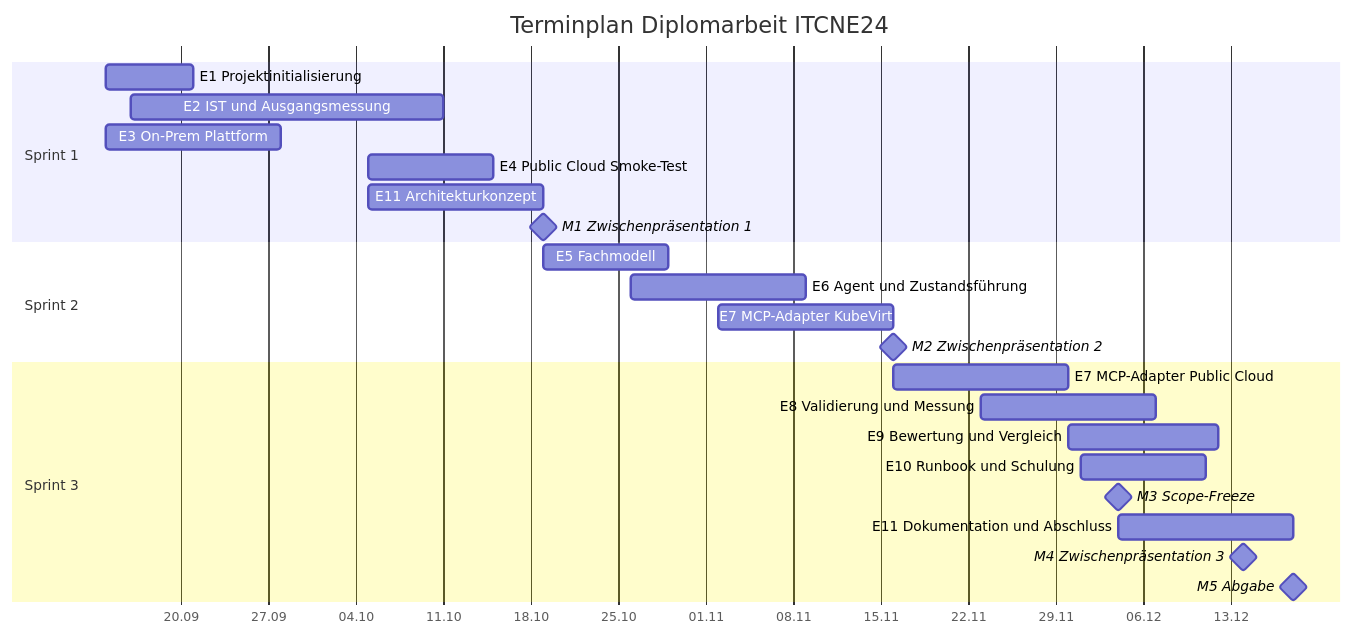
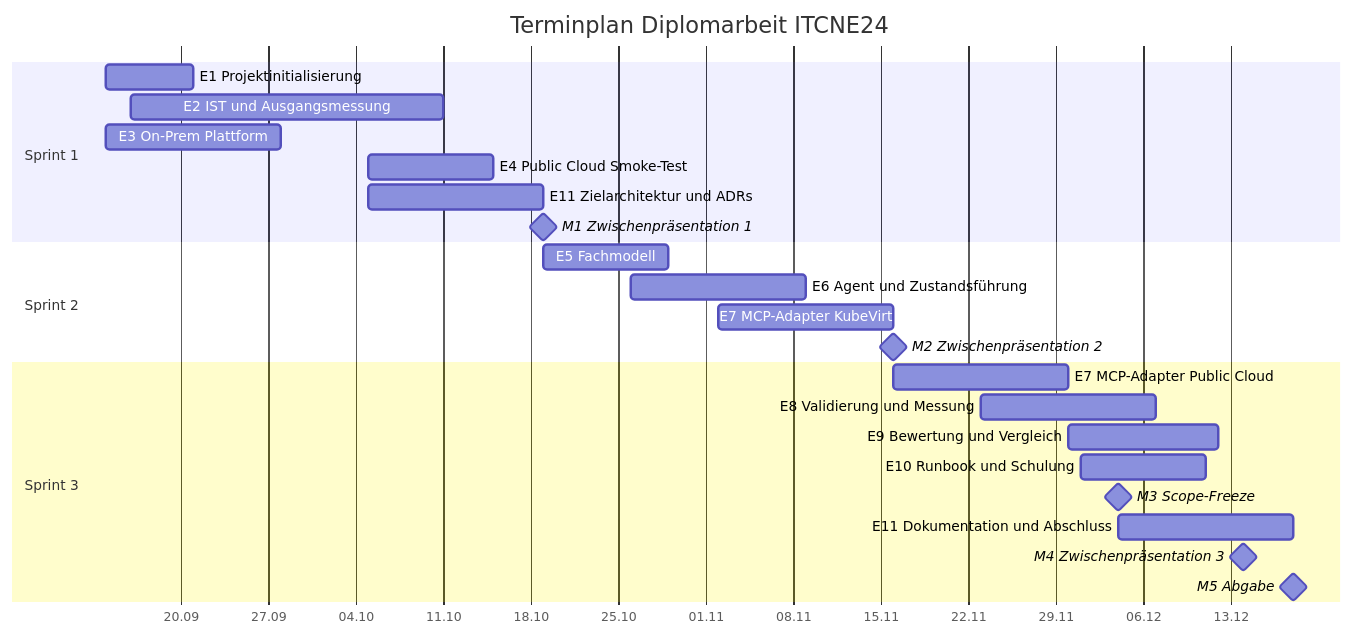
The fourth of 4 diagrams in docs/dokumentation.md (Cancani/diplomarbeit), drawn with Mermaid before and after one commit. The commit also changed other lines of this file, not shown here.

````diff
--- a/docs/dokumentation.md
+++ b/docs/dokumentation.md
@@ -345,30 +345,30 @@
 ```mermaid
 gantt
     title Terminplan Diplomarbeit ITCNE24
     dateFormat YYYY-MM-DD
     axisFormat %d.%m
 
     section Sprint 1
     E1 Projektinitialisierung        :2026-09-14, 7d
     E2 IST und Ausgangsmessung       :2026-09-16, 25d
     E3 On-Prem Plattform             :2026-09-14, 14d
     E4 Public Cloud Smoke-Test       :2026-10-05, 10d
-    E11 Architekturkonzept           :2026-10-05, 14d
+    E11 Zielarchitektur und ADRs     :2026-10-05, 14d
     M1 Zwischenpräsentation 1        :milestone, 2026-10-19, 0d
 
     section Sprint 2
     E5 Fachmodell                    :2026-10-19, 10d
     E6 Agent und Zustandsführung     :2026-10-26, 14d
     E7 MCP-Adapter KubeVirt          :2026-11-02, 14d
     M2 Zwischenpräsentation 2        :milestone, 2026-11-16, 0d
 
     section Sprint 3
     E7 MCP-Adapter Public Cloud      :2026-11-16, 14d
     E8 Validierung und Messung       :2026-11-23, 14d
     E9 Bewertung und Vergleich       :2026-11-30, 12d
     E10 Runbook und Schulung         :2026-12-01, 10d
     M3 Scope-Freeze                  :milestone, 2026-12-04, 0d
     E11 Dokumentation und Abschluss  :2026-12-04, 14d
     M4 Zwischenpräsentation 3        :milestone, 2026-12-14, 0d
     M5 Abgabe                        :milestone, 2026-12-18, 0d
 ```
````
